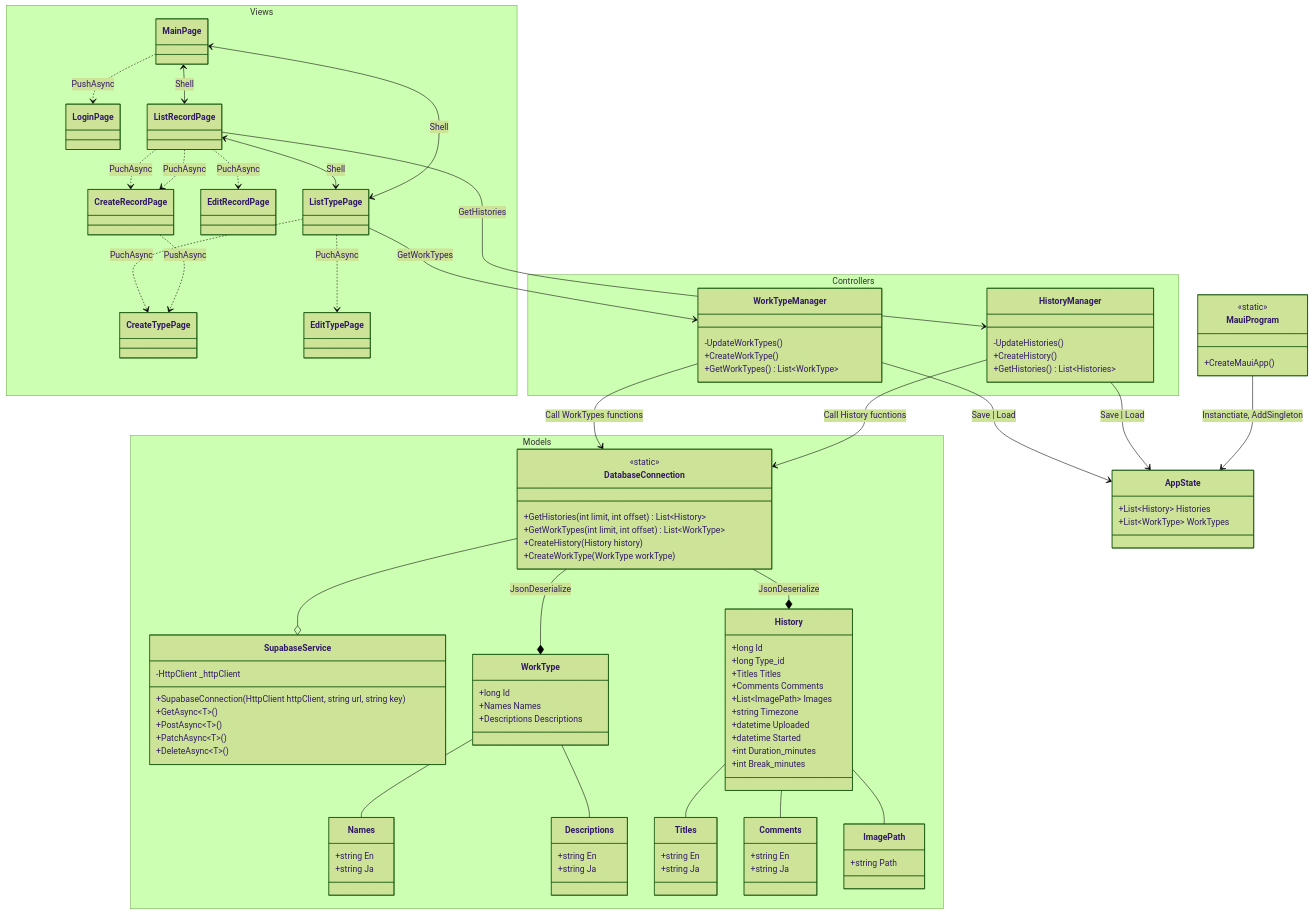
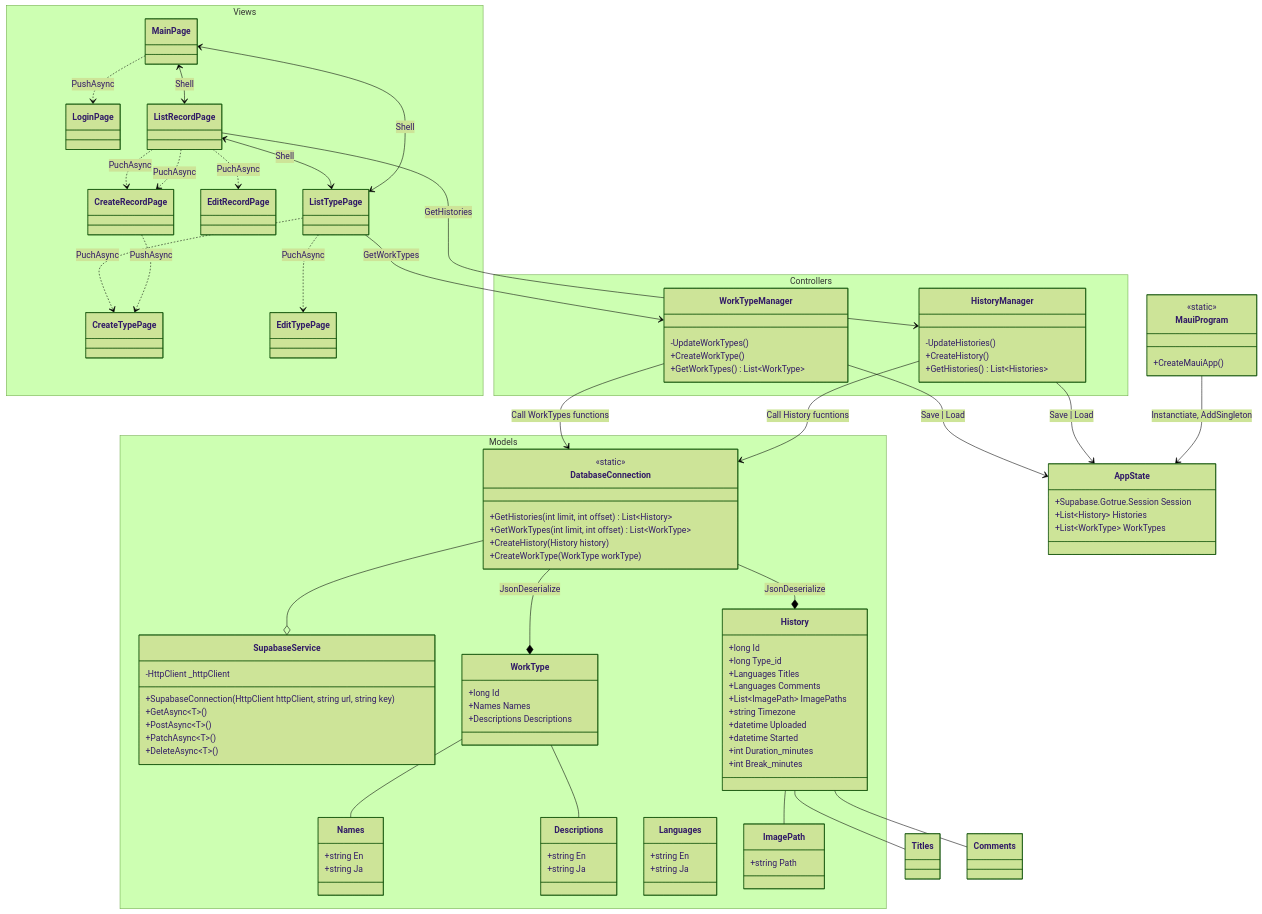
The diagram in documents/recorder-diagram.md (kor7211/coco-work-tracker), drawn with Mermaid (forest theme) before and after one commit. The commit also changed 7 other files, not shown here.

```diff
--- a/documents/recorder-diagram.md
+++ b/documents/recorder-diagram.md
@@ -7,6 +7,7 @@
 	MauiProgram --> AppState : Instanctiate, AddSingleton
 
 	class AppState {
+		+Supabase.Gotrue.Session Session
 		+List~History~ Histories
 		+List~WorkType~ WorkTypes
 	}
@@ -113,9 +114,9 @@
 		class History {
 			+long Id
 			+long Type_id
-			+Titles Titles
-			+Comments Comments
-			+List~ImagePath~ Images
+			+Languages Titles
+			+Languages Comments
+			+List~ImagePath~ ImagePaths
 			+string Timezone
 			+datetime Uploaded
 			+datetime Started
@@ -123,12 +124,7 @@
 			+int Break_minutes
 		}
 
-		class Titles {
-			+string En
-			+string Ja
-		}
-
-		class Comments {
+		class Languages {
 			+string En
 			+string Ja
 		}
```
